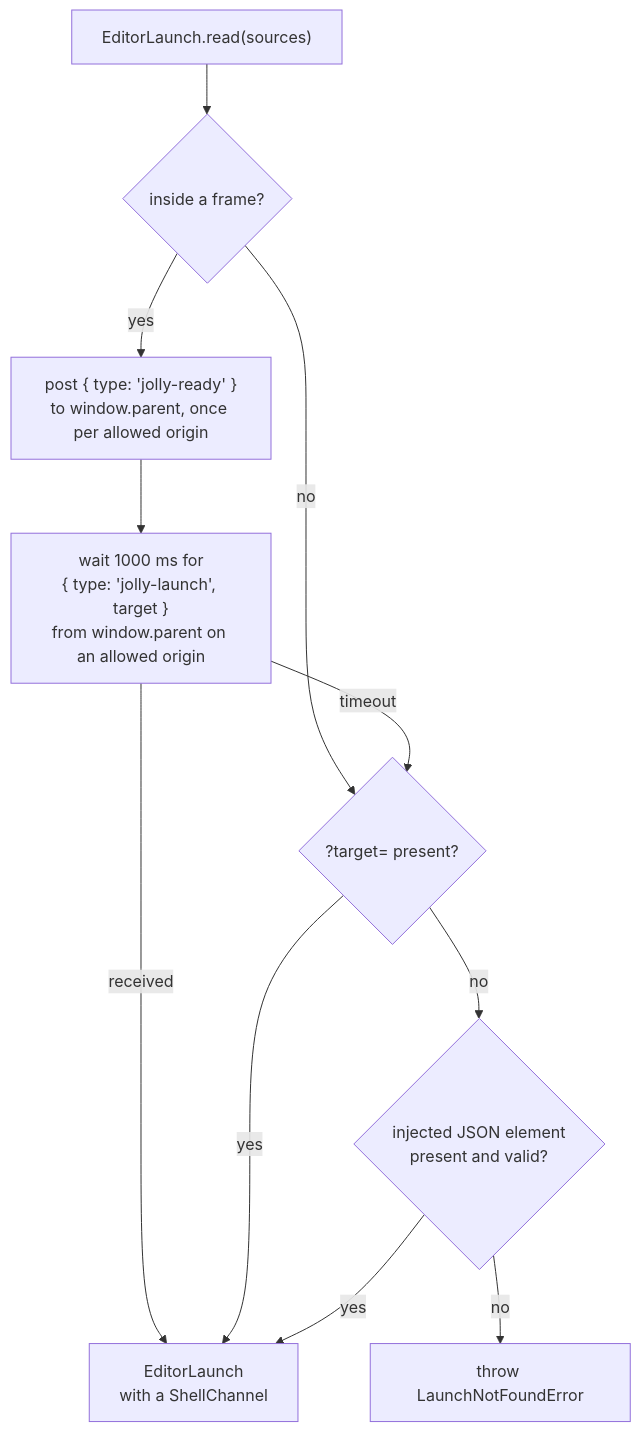
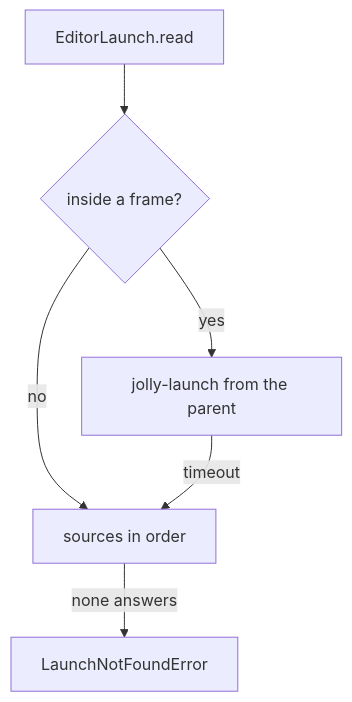
One commit to JollyPixel/editor changed the fourth of 14 diagrams in packages/editors/host/ARCHITECTURE.md. Above: the diagram before and after it, drawn with Mermaid. The commit also changed other lines of this file and 114 other files, not shown here.

````diff
--- a/packages/editors/host/ARCHITECTURE.md
+++ b/packages/editors/host/ARCHITECTURE.md
@@ -123,13 +59,8 @@
 ```mermaid
 flowchart TB
-  Start["EditorLaunch.read(sources)"] --> Framed{"inside a frame?"}
-  Framed -->|"no"| Query
-  Framed -->|"yes"| Ready["post { type: 'jolly-ready' }<br/>to window.parent, once per allowed origin"]
-  Ready --> Wait["wait 1000 ms for<br/>{ type: 'jolly-launch', target }<br/>from window.parent on an allowed origin"]
-  Wait -->|"received"| Found["EditorLaunch<br/>with a ShellChannel"]
-  Wait -->|"timeout"| Query{"?target= present?"}
-  Query -->|"yes"| Found
-  Query -->|"no"| Element{"injected JSON element<br/>present and valid?"}
-  Element -->|"yes"| Found
-  Element -->|"no"| Missing["throw LaunchNotFoundError"]
+    Read["EditorLaunch.read"] --> Frame{"inside a frame?"}
+    Frame -->|"yes"| Parent["jolly-launch from the parent"]
+    Frame -->|"no"| Sources["sources in order"]
+    Parent -->|"timeout"| Sources
+    Sources -->|"none answers"| Missing["LaunchNotFoundError"]
 ```
````
